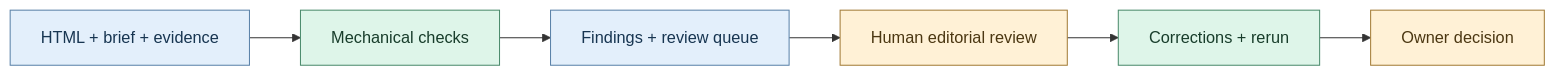
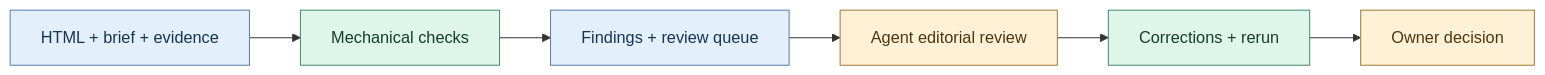
The diagram in README.md (andersonkevin/Google-Dev-and-EEAT-Validator), drawn with Mermaid before and after one commit. The commit also changed other lines of this file and 23 other files, not shown here.

Commit message:
feat: release v2 agent-operated editorial review workflow

````diff
--- a/README.md
+++ b/README.md
@@ -78,14 +98,14 @@
 ```mermaid
 flowchart LR
     A[HTML + brief + evidence] --> B[Mechanical checks]
     B --> C[Findings + review queue]
-    C --> D[Human editorial review]
+    C --> D[Agent editorial review]
     D --> E[Corrections + rerun]
     E --> F[Owner decision]
     style A fill:#e3effb,stroke:#5981a8,color:#173551
     style B fill:#def5e9,stroke:#4a8a6b,color:#183d2b
     style C fill:#e3effb,stroke:#5981a8,color:#173551
     style D fill:#fff1d6,stroke:#a27b36,color:#4b3712
     style E fill:#def5e9,stroke:#4a8a6b,color:#183d2b
     style F fill:#fff1d6,stroke:#a27b36,color:#4b3712
 ```
````
